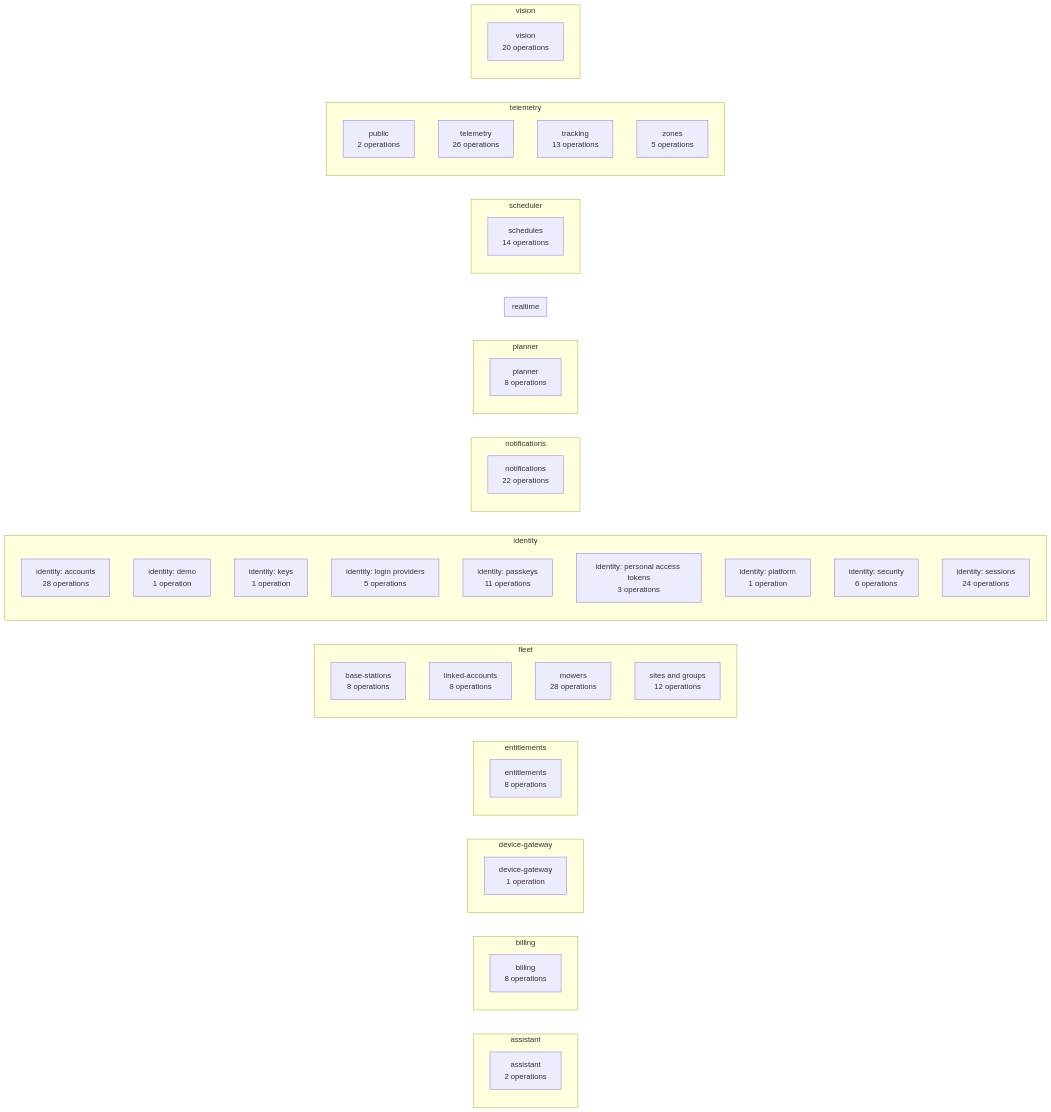
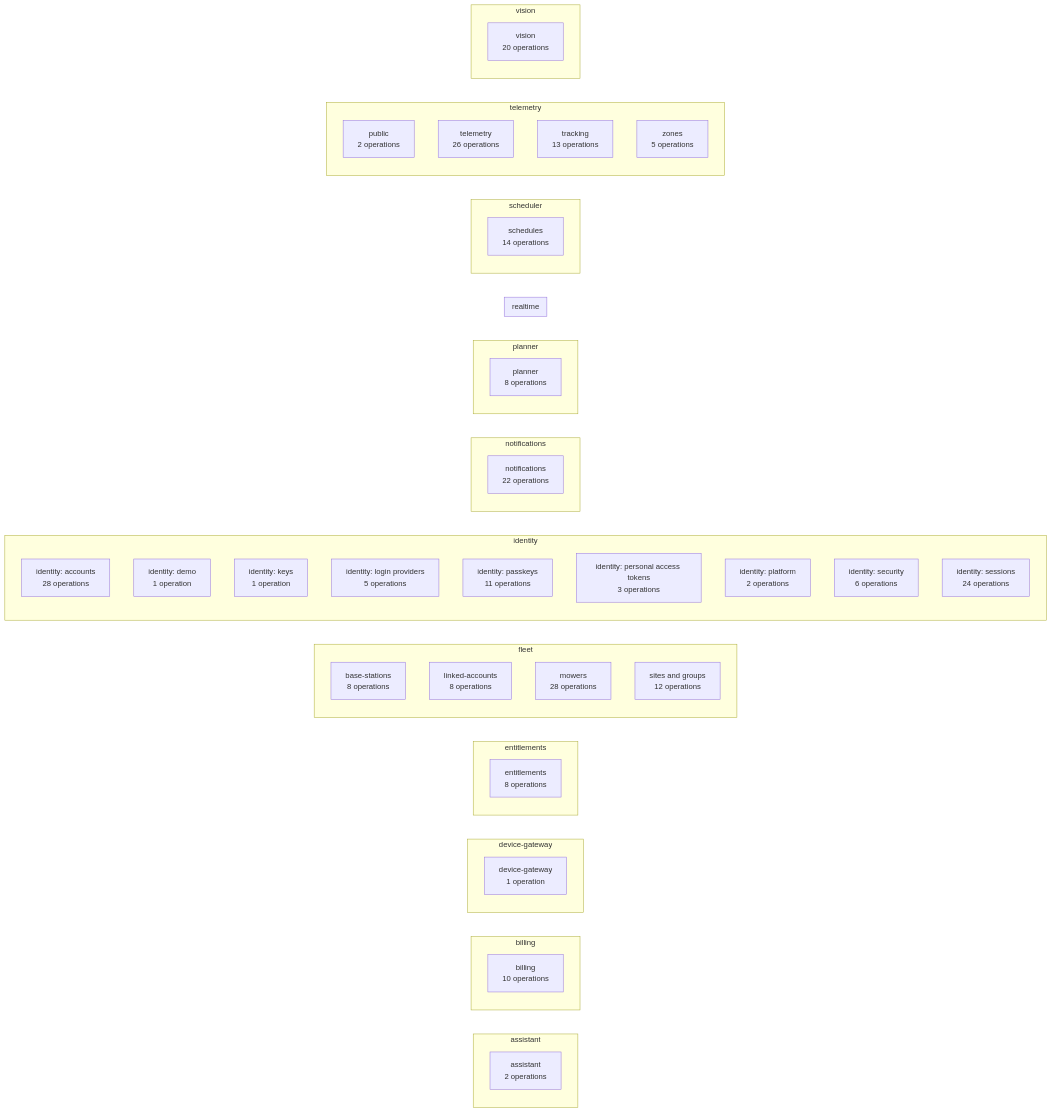
One commit to lukislp/mowdeck changed diagram 14 of 15 in docs/architecture/generated.md. Above: the diagram before and after it, drawn with Mermaid. The commit also changed other lines of this file and 79 other files, not shown here.

````diff
--- a/docs/architecture/generated.md
+++ b/docs/architecture/generated.md
@@ -464,64 +464,64 @@
 ```mermaid
 flowchart LR
   subgraph assistant["assistant"]
     direction TB
     assistant_assistant["assistant<br/>2 operations"]
   end
   subgraph billing["billing"]
     direction TB
-    billing_billing["billing<br/>8 operations"]
+    billing_billing["billing<br/>10 operations"]
   end
   subgraph device_gateway["device-gateway"]
     direction TB
     device_gateway_device_gateway["device-gateway<br/>1 operation"]
   end
   subgraph entitlements["entitlements"]
     direction TB
     entitlements_entitlements["entitlements<br/>8 operations"]
   end
   subgraph fleet["fleet"]
     direction TB
     fleet_base_stations["base-stations<br/>8 operations"]
     fleet_linked_accounts["linked-accounts<br/>8 operations"]
     fleet_mowers["mowers<br/>28 operations"]
     fleet_sites_and_groups["sites and groups<br/>12 operations"]
   end
   subgraph identity["identity"]
     direction TB
     identity_identity__accounts["identity: accounts<br/>28 operations"]
     identity_identity__demo["identity: demo<br/>1 operation"]
     identity_identity__keys["identity: keys<br/>1 operation"]
     identity_identity__login_providers["identity: login providers<br/>5 operations"]
     identity_identity__passkeys["identity: passkeys<br/>11 operations"]
     identity_identity__personal_access_tokens["identity: personal access tokens<br/>3 operations"]
-    identity_identity__platform["identity: platform<br/>1 operation"]
+    identity_identity__platform["identity: platform<br/>2 operations"]
     identity_identity__security["identity: security<br/>6 operations"]
     identity_identity__sessions["identity: sessions<br/>24 operations"]
   end
   subgraph notifications["notifications"]
     direction TB
     notifications_notifications["notifications<br/>22 operations"]
   end
   subgraph planner["planner"]
     direction TB
     planner_planner["planner<br/>8 operations"]
   end
   subgraph realtime["realtime"]
     direction TB
   end
   subgraph scheduler["scheduler"]
     direction TB
     scheduler_schedules["schedules<br/>14 operations"]
   end
   subgraph telemetry["telemetry"]
     direction TB
     telemetry_public["public<br/>2 operations"]
     telemetry_telemetry["telemetry<br/>26 operations"]
     telemetry_tracking["tracking<br/>13 operations"]
     telemetry_zones["zones<br/>5 operations"]
   end
   subgraph vision["vision"]
     direction TB
     vision_vision["vision<br/>20 operations"]
   end
 ```
````
